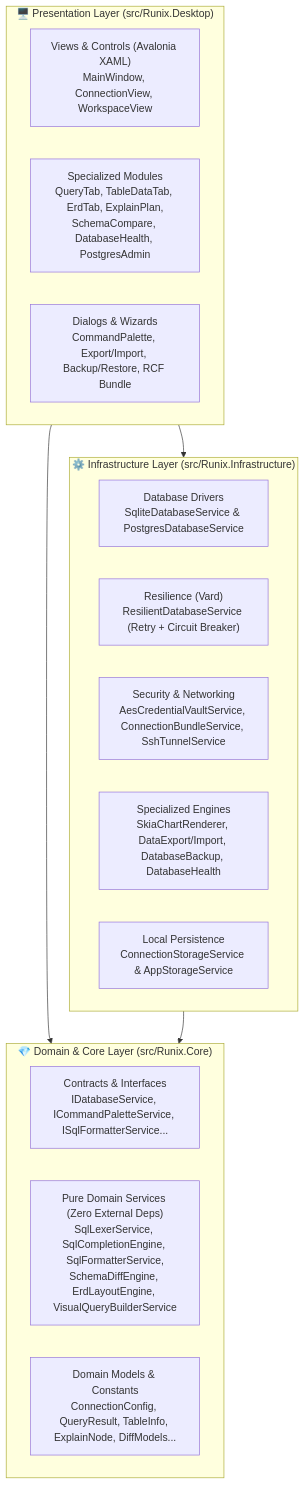
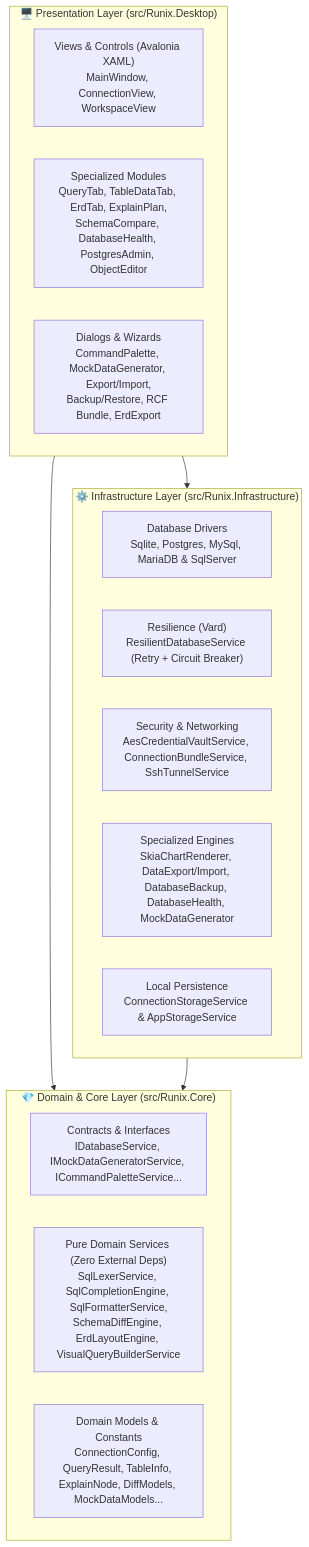
Before and after one commit to juniorschroder/Runix: the diagram in README.md, drawn with Mermaid. The commit also changed other lines of this file and 1 other file, not shown here.

````diff
--- a/README.md
+++ b/README.md
@@ -114,26 +133,26 @@
 ```mermaid
 flowchart TD
     subgraph Presentation ["🖥️ Presentation Layer (src/Runix.Desktop)"]
         UI["Views & Controls (Avalonia XAML)\nMainWindow, ConnectionView, WorkspaceView"]
-        Tabs["Specialized Modules\nQueryTab, TableDataTab, ErdTab, ExplainPlan,\nSchemaCompare, DatabaseHealth, PostgresAdmin"]
-        Dialogs["Dialogs & Wizards\nCommandPalette, Export/Import, Backup/Restore, RCF Bundle"]
+        Tabs["Specialized Modules\nQueryTab, TableDataTab, ErdTab, ExplainPlan,\nSchemaCompare, DatabaseHealth, PostgresAdmin, ObjectEditor"]
+        Dialogs["Dialogs & Wizards\nCommandPalette, MockDataGenerator, Export/Import,\nBackup/Restore, RCF Bundle, ErdExport"]
     end
 
     subgraph Infrastructure ["⚙️ Infrastructure Layer (src/Runix.Infrastructure)"]
-        Data["Database Drivers\nSqliteDatabaseService & PostgresDatabaseService"]
+        Data["Database Drivers\nSqlite, Postgres, MySql, MariaDB & SqlServer"]
         Resilience["Resilience (Vard)\nResilientDatabaseService (Retry + Circuit Breaker)"]
         Sec["Security & Networking\nAesCredentialVaultService, ConnectionBundleService, SshTunnelService"]
-        Engines["Specialized Engines\nSkiaChartRenderer, DataExport/Import, DatabaseBackup, DatabaseHealth"]
+        Engines["Specialized Engines\nSkiaChartRenderer, DataExport/Import, DatabaseBackup, DatabaseHealth, MockDataGenerator"]
         Storage["Local Persistence\nConnectionStorageService & AppStorageService"]
     end
 
     subgraph Core ["💎 Domain & Core Layer (src/Runix.Core)"]
-        Interfaces["Contracts & Interfaces\nIDatabaseService, ICommandPaletteService, ISqlFormatterService..."]
+        Interfaces["Contracts & Interfaces\nIDatabaseService, IMockDataGeneratorService, ICommandPaletteService..."]
         CoreServices["Pure Domain Services (Zero External Deps)\nSqlLexerService, SqlCompletionEngine, SqlFormatterService,\nSchemaDiffEngine, ErdLayoutEngine, VisualQueryBuilderService"]
-        Models["Domain Models & Constants\nConnectionConfig, QueryResult, TableInfo, ExplainNode, DiffModels..."]
+        Models["Domain Models & Constants\nConnectionConfig, QueryResult, TableInfo, ExplainNode, DiffModels, MockDataModels..."]
     end
 
     Presentation --> Infrastructure
     Presentation --> Core
     Infrastructure --> Core
 ```
````
